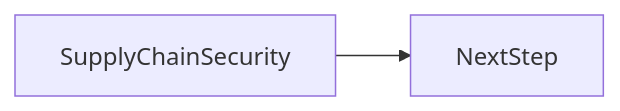
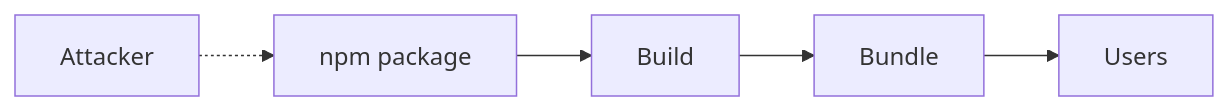
The second of 2 diagrams in docs/en/17-security/supply-chain-security/index.md (OmidJavaherii/Frontend-Engineering-Handbook), drawn with Mermaid before and after one commit. The commit also changed other lines of this file and 461 other files, not shown here.

````diff
--- a/docs/en/17-security/supply-chain-security/index.md
+++ b/docs/en/17-security/supply-chain-security/index.md
@@ -95,4 +110,7 @@
 ```mermaid
 flowchart LR
-  concept[SupplyChainSecurity] --> nextStep[NextStep]
+  npm[npm package] --> Build
+  Build --> Bundle
+  Bundle --> Users
+  Attacker -.-> npm
 ```
````
